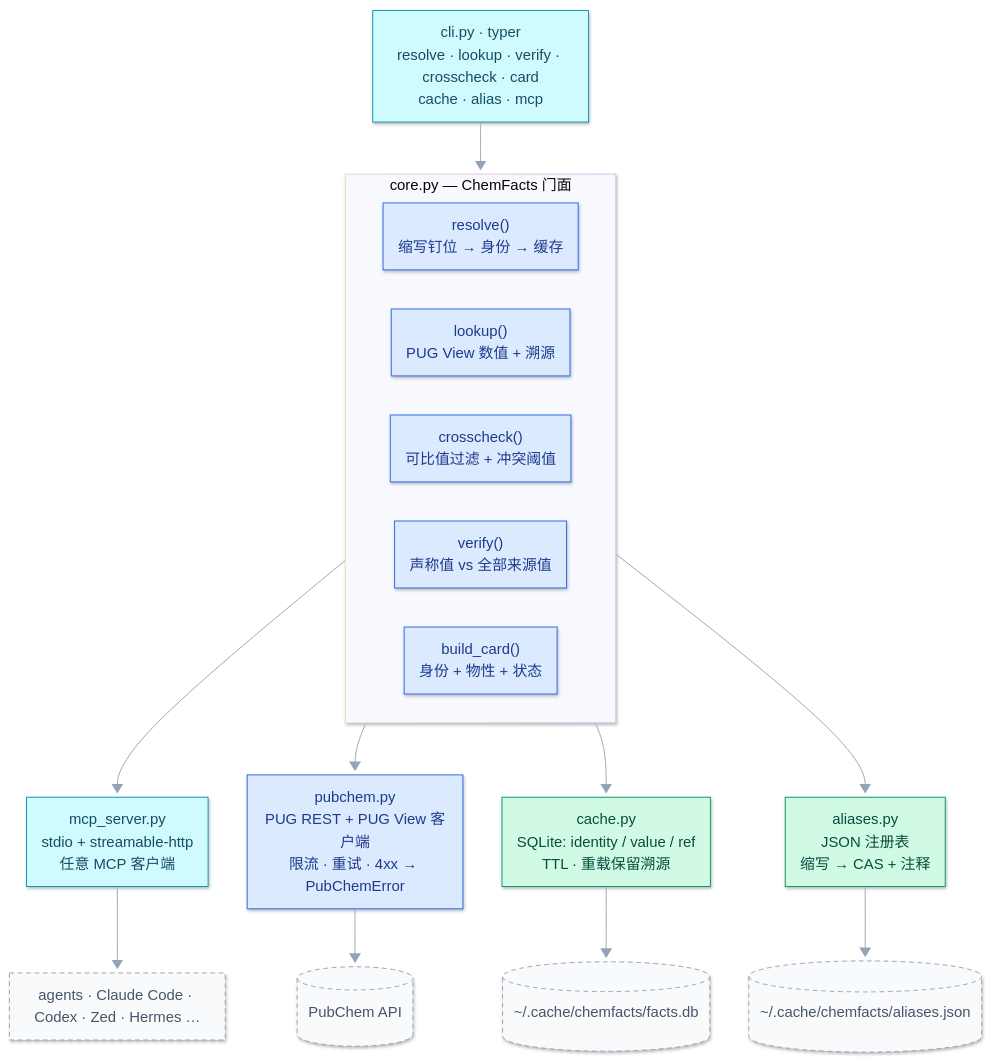
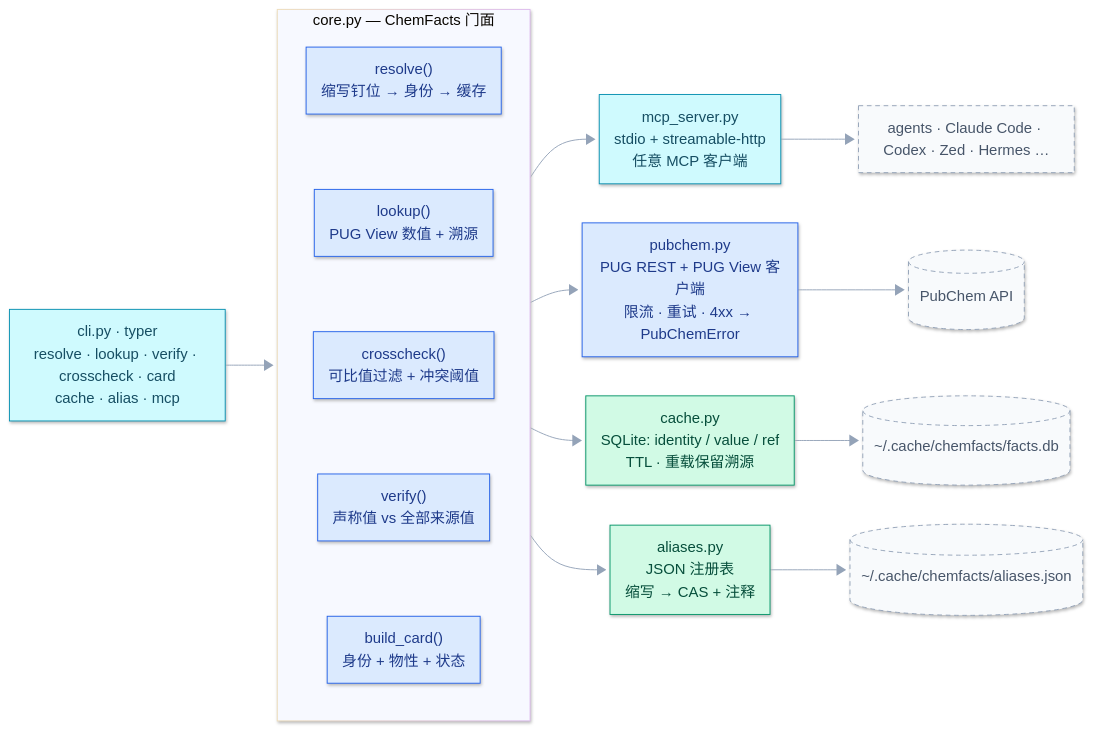
One commit to CL4Y68/chemfacts changed the fifth of 5 diagrams in README_zh.md. Above: the diagram before and after it, drawn with Mermaid. The commit also changed other lines of this file and 1 other file, not shown here.

Commit message:
diagrams: switch all flowcharts to horizontal (LR) layout
- pipeline/status/architecture diagrams were too tall (vertical TD chains
  of 4-10 ranks); at GitHub page width they rendered as tall narrow strips
  that did not fit one screen
- all 5 diagram types are now LR (flowchart LR); the alias diagram was
  already LR
- architecture: core.py facade functions now stack vertically inside the
  CORE subgraph (invisible ~~~ links + direction TB) so the diagram is a
  compact ~4-column landscape instead of a 2300px-wide one-liner
- status-logic: wrap the widest filter-rule line to keep the node narrow
- natural widths now 1195-1631px (was up to 2291px); SVGs scale to page
  width, all fit one screen
- all 10 blocks parse under mermaid 11; render-reviewed locally

````diff
--- a/README_zh.md
+++ b/README_zh.md
@@ -189,33 +189,38 @@
 ```mermaid
 %%{init: {"look": "neo", "theme": "base", "themeVariables": {"lineColor": "#94a3b8", "primaryTextColor": "#0f172a", "edgeLabelBackground": "#ffffff"}, "flowchart": {"curve": "basis", "htmlLabels": true, "nodeSpacing": 42, "rankSpacing": 56, "padding": 10}} }%%
-flowchart TD
+flowchart LR
     CLI["cli.py · typer<br/>resolve · lookup · verify · crosscheck · card<br/>cache · alias · mcp"]:::mcp
     subgraph CORE["core.py — ChemFacts 门面"]
-        direction LR
+        direction TB
         R["resolve()<br/>缩写钉位 → 身份 → 缓存"]:::proc
         L["lookup()<br/>PUG View 数值 + 溯源"]:::proc
         X["crosscheck()<br/>可比值过滤 + 冲突阈值"]:::proc
         V["verify()<br/>声称值 vs 全部来源值"]:::proc
         C["build_card()<br/>身份 + 物性 + 状态"]:::proc
+
+        R ~~~ L
+        L ~~~ X
+        X ~~~ V
+        V ~~~ C
     end
     CLI --> CORE
     M["mcp_server.py<br/>stdio + streamable-http<br/>任意 MCP 客户端"]:::mcp
     CORE --> M
     M --> AG["agents · Claude Code · Codex · Zed · Hermes …"]:::ext
     CORE --> P["pubchem.py<br/>PUG REST + PUG View 客户端<br/>限流 · 重试 · 4xx → PubChemError"]:::proc
     CORE --> CA["cache.py<br/>SQLite: identity / value / ref<br/>TTL · 重载保留溯源"]:::store
     CORE --> AL["aliases.py<br/>JSON 注册表<br/>缩写 → CAS + 注释"]:::store
     P --> PC[("PubChem API")]:::ext
     CA --> DB[("~/.cache/chemfacts/facts.db")]:::ext
     AL --> J[("~/.cache/chemfacts/aliases.json")]:::ext
     classDef io      fill:#e0e7ff,stroke:#4f46e5,stroke-width:2px,color:#312e81
     classDef proc    fill:#dbeafe,stroke:#2563eb,color:#1e3a8a
     classDef decide  fill:#fef3c7,stroke:#d97706,color:#78350f
     classDef store   fill:#d1fae5,stroke:#059669,color:#064e3b
     classDef ok      fill:#bbf7d0,stroke:#16a34a,stroke-width:2px,color:#14532d
     classDef warn    fill:#fecaca,stroke:#dc2626,stroke-width:2px,color:#7f1d1d
     classDef plain   fill:#e2e8f0,stroke:#64748b,color:#334155
     classDef card   fill:#ede9fe,stroke:#7c3aed,stroke-width:2px,color:#4c1d95
     classDef mcp    fill:#cffafe,stroke:#0891b2,color:#164e63
     classDef ext    fill:#f8fafc,stroke:#94a3b8,stroke-dasharray:5 4,color:#475569
 ```
````
